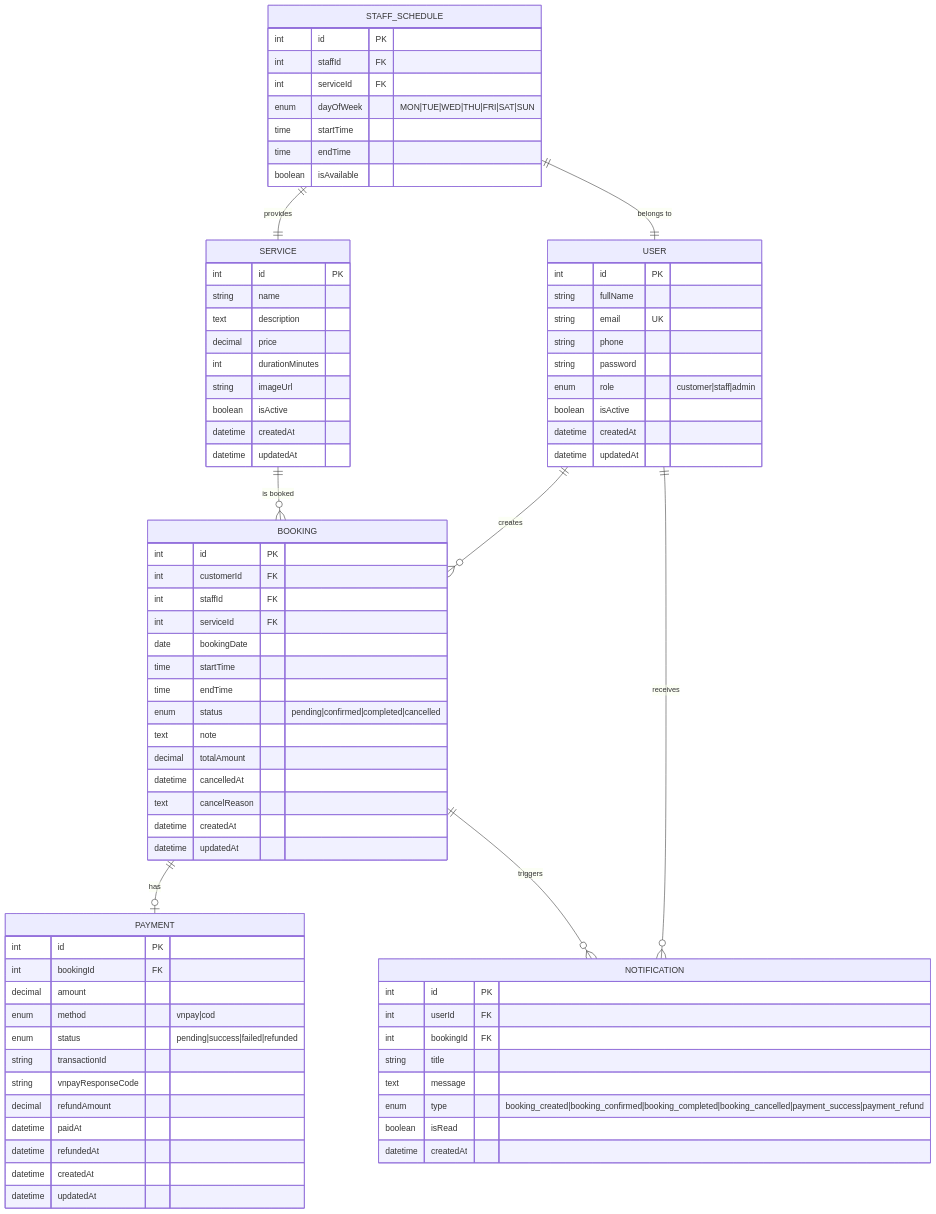
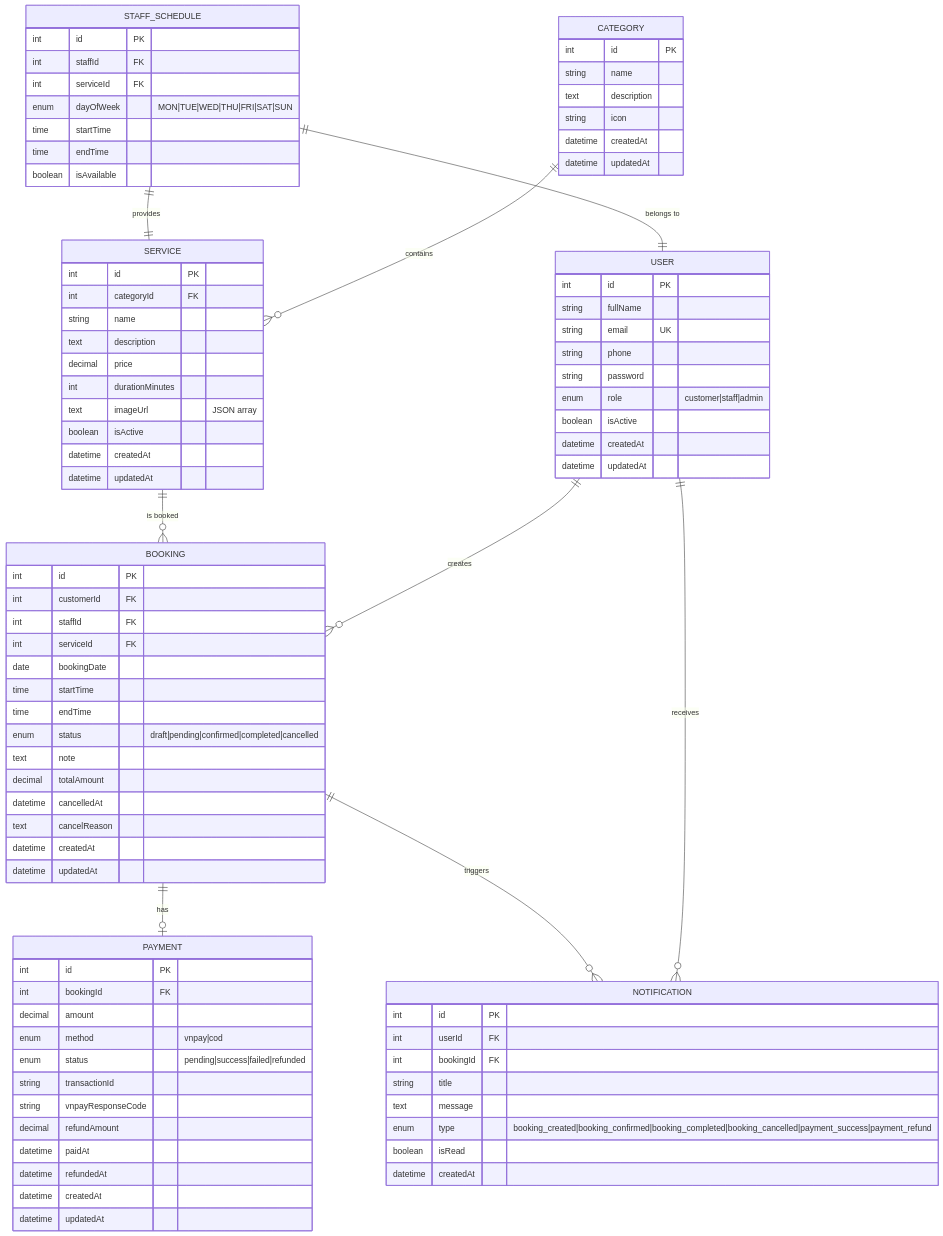
Before and after one commit to nguyensykimbang321-arch/KTvsTKPM: the diagram in docs/database-design.md, drawn with Mermaid. The commit also changed other lines of this file and 7 other files, not shown here.

```diff
--- a/docs/database-design.md
+++ b/docs/database-design.md
@@ -24,14 +24,25 @@
         datetime updatedAt
     }
 
+    CATEGORY ||--o{ SERVICE : contains
+    CATEGORY {
+        int id PK
+        string name
+        text description
+        string icon
+        datetime createdAt
+        datetime updatedAt
+    }
+
     SERVICE ||--o{ BOOKING : "is booked"
     SERVICE {
         int id PK
+        int categoryId FK
         string name
         text description
         decimal price
         int durationMinutes
-        string imageUrl
+        text imageUrl "JSON array"
         boolean isActive
         datetime createdAt
         datetime updatedAt
@@ -59,7 +70,7 @@
         date bookingDate
         time startTime
         time endTime
-        enum status "pending|confirmed|completed|cancelled"
+        enum status "draft|pending|confirmed|completed|cancelled"
         text note
         decimal totalAmount
         datetime cancelledAt
```
